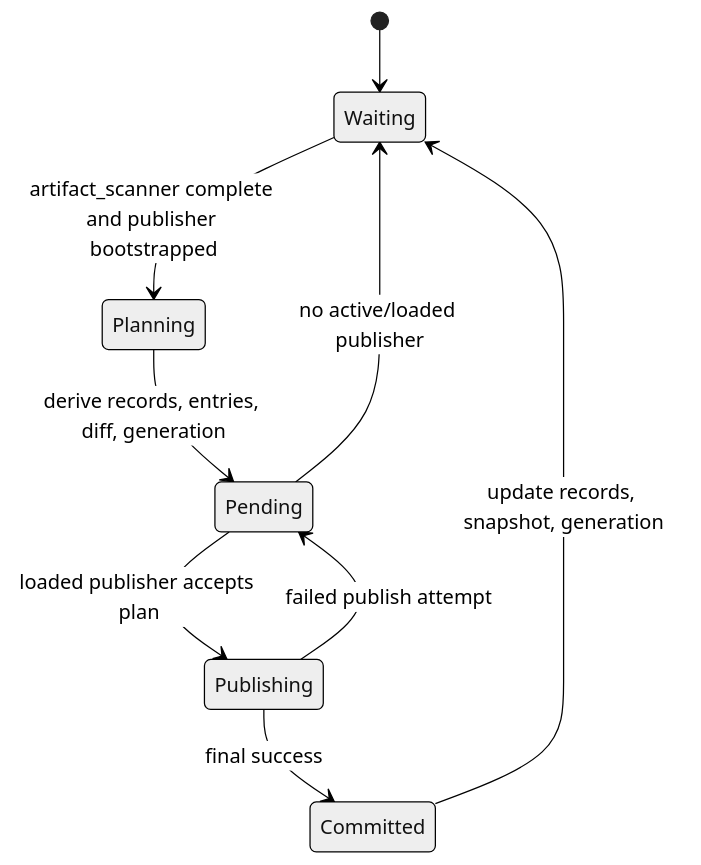
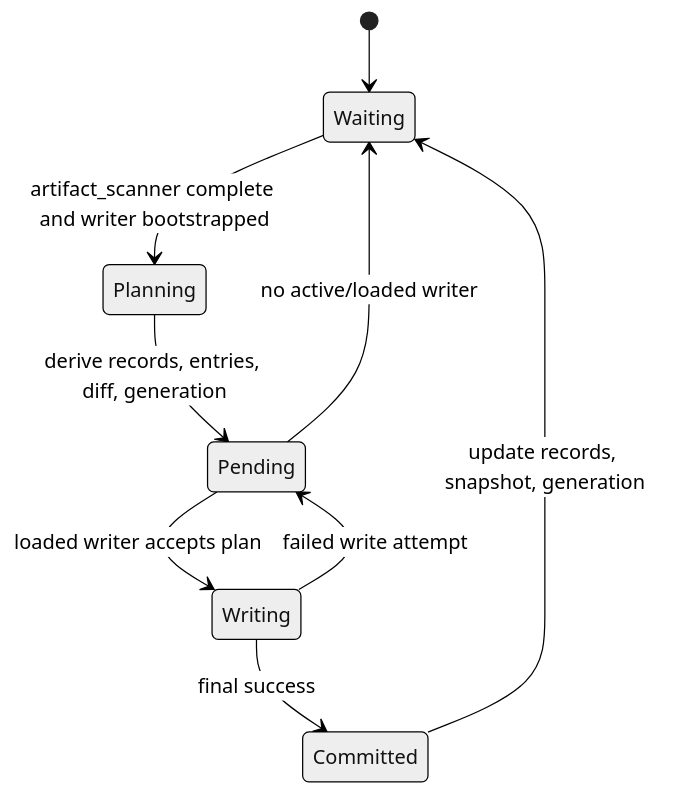
Before and after one commit to HarishHary/blink: the seventh of 8 diagrams in docs/internals/controller-runtime.md, drawn with Mermaid (neutral theme). The commit also changed other lines of this file and 115 other files, not shown here.

````diff
--- a/docs/internals/controller-runtime.md
+++ b/docs/internals/controller-runtime.md
@@ -262,11 +307,11 @@
 ```mermaid
 stateDiagram-v2
   [*] --> Waiting
-  Waiting --> Planning: artifact_scanner complete and publisher bootstrapped
+  Waiting --> Planning: artifact_scanner complete and writer bootstrapped
   Planning --> Pending: derive records, entries, diff, generation
-  Pending --> Publishing: loaded publisher accepts plan
-  Publishing --> Pending: failed publish attempt
-  Publishing --> Committed: final success
+  Pending --> Writing: loaded writer accepts plan
+  Writing --> Pending: failed write attempt
+  Writing --> Committed: final success
   Committed --> Waiting: update records, snapshot, generation
-  Pending --> Waiting: no active/loaded publisher
+  Pending --> Waiting: no active/loaded writer
 ```
````
